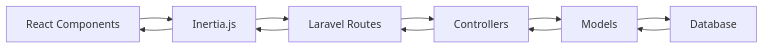
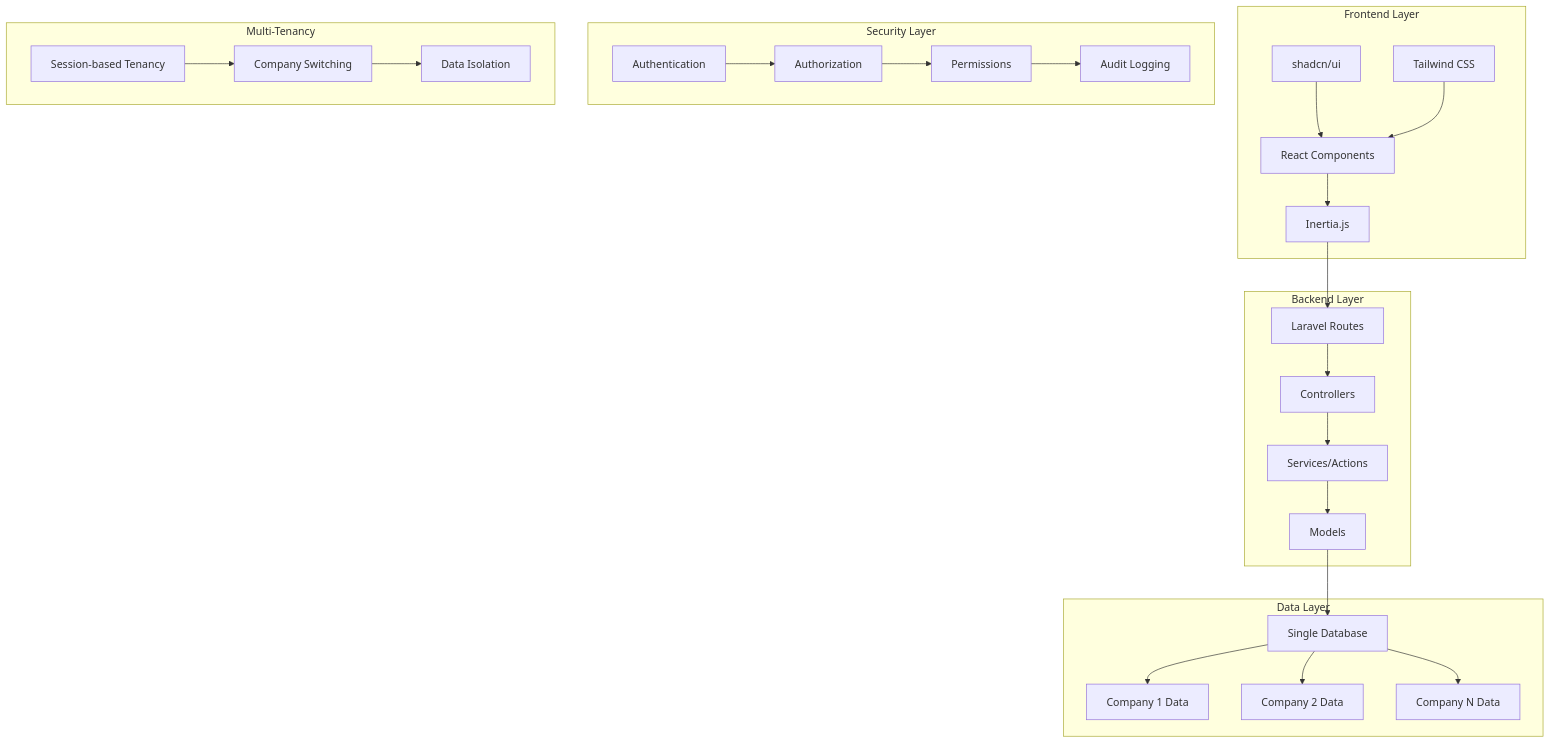
One commit to mark-john-ignacio/church-visitor-tracker changed the diagram in docs/docs/getting-started.md. Above: the diagram before and after it, drawn with Mermaid. The commit also changed other lines of this file and 1 other file, not shown here.

Commit message:
getting started and architecture

````diff
--- a/docs/docs/getting-started.md
+++ b/docs/docs/getting-started.md
@@ -17,13 +48,33 @@
 ```mermaid
-graph LR
-    A[React Components] --> B[Inertia.js]
-    B --> C[Laravel Routes]
-    C --> D[Controllers]
-    D --> E[Models]
-    E --> F[Database]
-    F --> E
-    E --> D
-    D --> C
-    C --> B
-    B --> A
+graph TB
+    subgraph "Frontend Layer"
+        A[React Components] --> B[Inertia.js]
+        A1[shadcn/ui] --> A
+        A2[Tailwind CSS] --> A
+    end
+
+    subgraph "Backend Layer"
+        B --> C[Laravel Routes]
+        C --> D[Controllers]
+        D --> E[Services/Actions]
+        E --> F[Models]
+    end
+
+    subgraph "Data Layer"
+        F --> G[Single Database]
+        G --> H[Company 1 Data]
+        G --> I[Company 2 Data]
+        G --> J[Company N Data]
+    end
+
+    subgraph "Security Layer"
+        K[Authentication] --> L[Authorization]
+        L --> M[Permissions]
+        M --> N[Audit Logging]
+    end
+
+    subgraph "Multi-Tenancy"
+        O[Session-based Tenancy] --> P[Company Switching]
+        P --> Q[Data Isolation]
+    end
 ```
````
